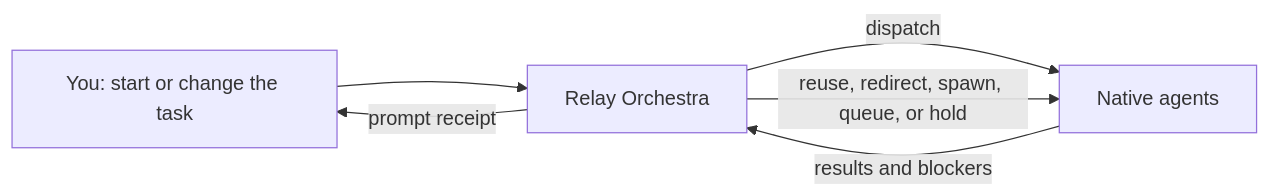
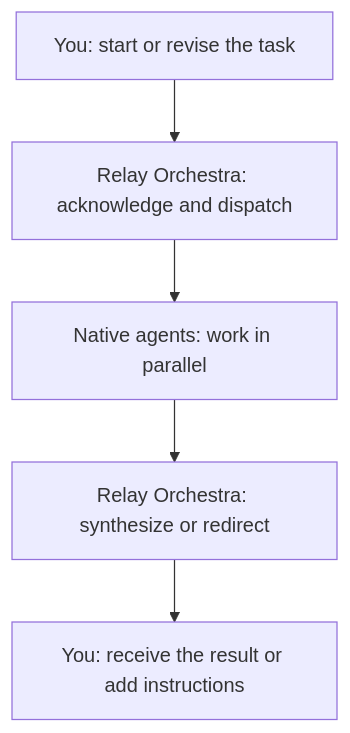
The diagram in README.md (SDA-31/relay-orchestra), drawn with Mermaid before and after one commit. The commit also changed other lines of this file and 2 other files, not shown here.

Commit message:
Add skills.sh installation and task positioning

````diff
--- a/README.md
+++ b/README.md
@@ -62,8 +79,8 @@
 ```mermaid
-flowchart LR
-    U["You: start or change the task"] --> C["Relay Orchestra"]
-    C -->|dispatch| A["Native agents"]
-    C -->|prompt receipt| U
-    A -->|results and blockers| C
-    C -->|reuse, redirect, spawn, queue, or hold| A
+flowchart TD
+    U["You: start or revise the task"]
+    U --> C["Relay Orchestra: acknowledge and dispatch"]
+    C --> A["Native agents: work in parallel"]
+    A --> S["Relay Orchestra: synthesize or redirect"]
+    S --> O["You: receive the result or add instructions"]
 ```
````
